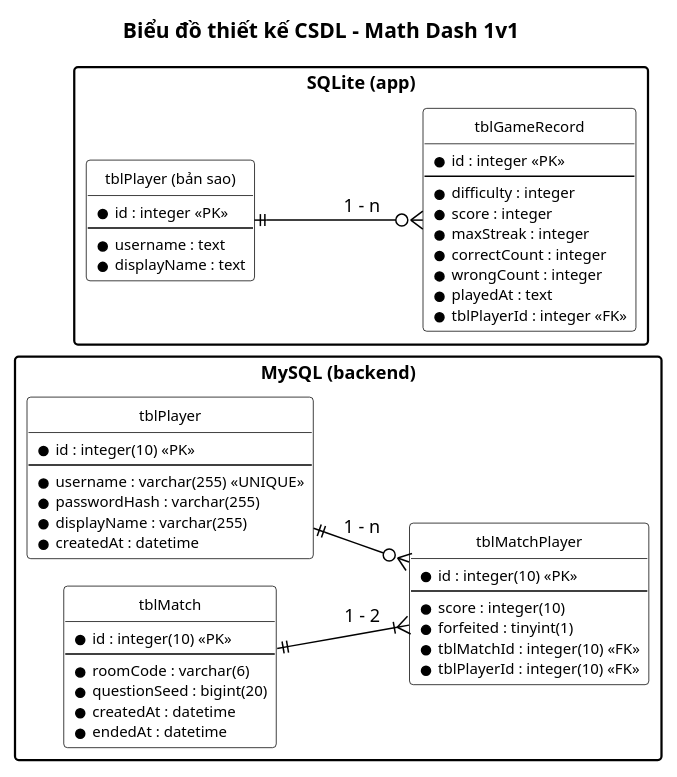
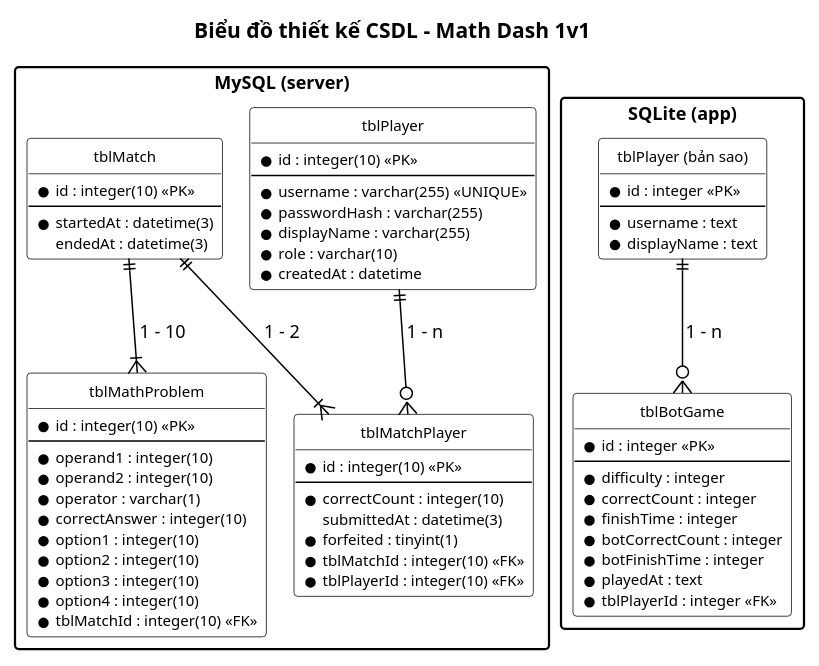
The diagram in docs/chung/csdl.puml (HungNguyenBa1811/math-dash), drawn with PlantUML before and after one commit. The commit also changed 10 other files, not shown here.

```diff
--- a/docs/chung/csdl.puml
+++ b/docs/chung/csdl.puml
@@ -1,70 +1,83 @@
 @startuml csdl
 !pragma layout smetana
 ' === VP Base Theme v2 ===
 skinparam defaultFontName "Segoe UI"
 skinparam defaultFontSize 12
 skinparam shadowing false
 skinparam arrowColor #000000
 skinparam lineColor #000000
 hide circle
 skinparam class {
   BackgroundColor #FFFFFF
   BorderColor #000000
   FontSize 11
   AttributeFontSize 10
 }
 skinparam packageStyle rectangle
-left to right direction
 title Biểu đồ thiết kế CSDL – Math Dash 1v1
 
-package "MySQL (backend)" {
+package "MySQL (server)" {
   entity "tblPlayer" as SP {
     * id : integer(10) <<PK>>
     --
     * username : varchar(255) <<UNIQUE>>
     * passwordHash : varchar(255)
     * displayName : varchar(255)
+    * role : varchar(10)
     * createdAt : datetime
   }
   entity "tblMatch" as SM {
     * id : integer(10) <<PK>>
     --
-    * roomCode : varchar(6)
-    * questionSeed : bigint(20)
-    * createdAt : datetime
-    * endedAt : datetime
+    * startedAt : datetime(3)
+    endedAt : datetime(3)
+  }
+  entity "tblMathProblem" as SQ {
+    * id : integer(10) <<PK>>
+    --
+    * operand1 : integer(10)
+    * operand2 : integer(10)
+    * operator : varchar(1)
+    * correctAnswer : integer(10)
+    * option1 : integer(10)
+    * option2 : integer(10)
+    * option3 : integer(10)
+    * option4 : integer(10)
+    * tblMatchId : integer(10) <<FK>>
   }
   entity "tblMatchPlayer" as SMP {
     * id : integer(10) <<PK>>
     --
-    * score : integer(10)
+    * correctCount : integer(10)
+    submittedAt : datetime(3)
     * forfeited : tinyint(1)
     * tblMatchId : integer(10) <<FK>>
     * tblPlayerId : integer(10) <<FK>>
   }
 }
 
 package "SQLite (app)" {
   entity "tblPlayer (bản sao)" as AP {
     * id : integer <<PK>>
     --
     * username : text
     * displayName : text
   }
-  entity "tblGameRecord" as AGR {
+  entity "tblBotGame" as ABG {
     * id : integer <<PK>>
     --
     * difficulty : integer
-    * score : integer
-    * maxStreak : integer
     * correctCount : integer
-    * wrongCount : integer
+    * finishTime : integer
+    * botCorrectCount : integer
+    * botFinishTime : integer
     * playedAt : text
     * tblPlayerId : integer <<FK>>
   }
 }
 
 SM ||--|{ SMP : "1 - 2"
+SM ||--|{ SQ : "1 - 10"
 SP ||--o{ SMP : "1 - n"
-AP ||--o{ AGR : "1 - n"
+AP ||--o{ ABG : "1 - n"
 @enduml
```
